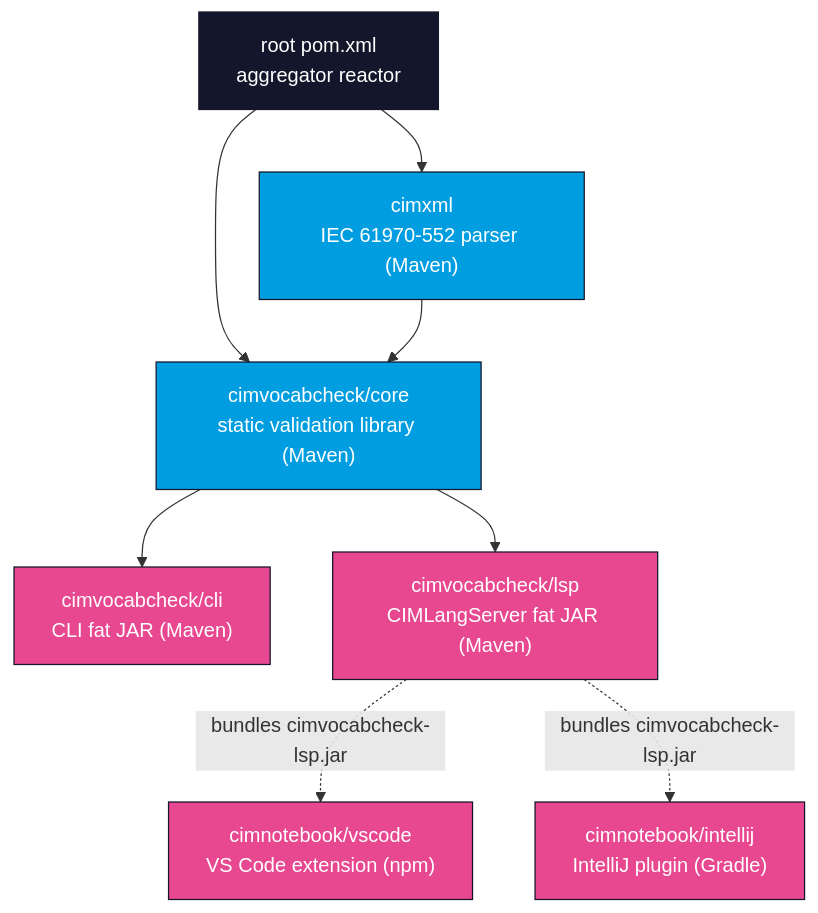
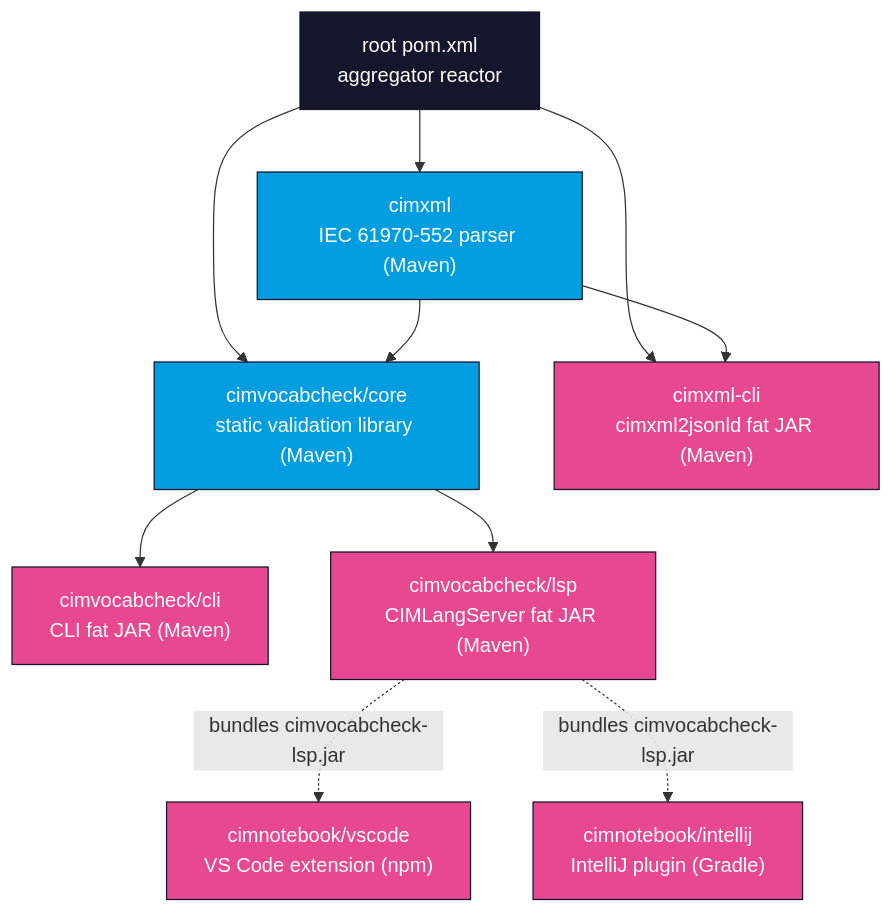
The diagram in docs/content/developer-guide/overview.md (SOPTIM/OpenCGMES), drawn with Mermaid before and after one commit. The commit also changed other lines of this file and 19 other files, not shown here.

First line of the commit message:
build(cimxml-cli): add distribution, Docker image, release workflow and docs

````diff
--- a/docs/content/developer-guide/overview.md
+++ b/docs/content/developer-guide/overview.md
@@ -22,25 +23,28 @@
 ```mermaid
 graph TD
     ROOT["root pom.xml<br/>aggregator reactor"]
     CIMXML["cimxml<br/>IEC 61970-552 parser (Maven)"]
     CORE["cimvocabcheck/core<br/>static validation library (Maven)"]
     CLI["cimvocabcheck/cli<br/>CLI fat JAR (Maven)"]
     LSP["cimvocabcheck/lsp<br/>CIMLangServer fat JAR (Maven)"]
+    XCLI["cimxml-cli<br/>cimxml2jsonld fat JAR (Maven)"]
     VSC["cimnotebook/vscode<br/>VS Code extension (npm)"]
     IJ["cimnotebook/intellij<br/>IntelliJ plugin (Gradle)"]
 
     ROOT --> CIMXML
     ROOT --> CORE
     CIMXML --> CORE
     CORE --> CLI
     CORE --> LSP
+    ROOT --> XCLI
+    CIMXML --> XCLI
     LSP -. "bundles cimvocabcheck-lsp.jar" .-> VSC
     LSP -. "bundles cimvocabcheck-lsp.jar" .-> IJ
 
     classDef lib fill:#009EE0,stroke:#14162B,color:#fff;
     classDef tool fill:#E74890,stroke:#14162B,color:#fff;
     classDef agg fill:#14162B,stroke:#14162B,color:#fff;
     class ROOT agg;
     class CIMXML,CORE lib;
-    class CLI,LSP,VSC,IJ tool;
+    class CLI,LSP,XCLI,VSC,IJ tool;
 ```
````
